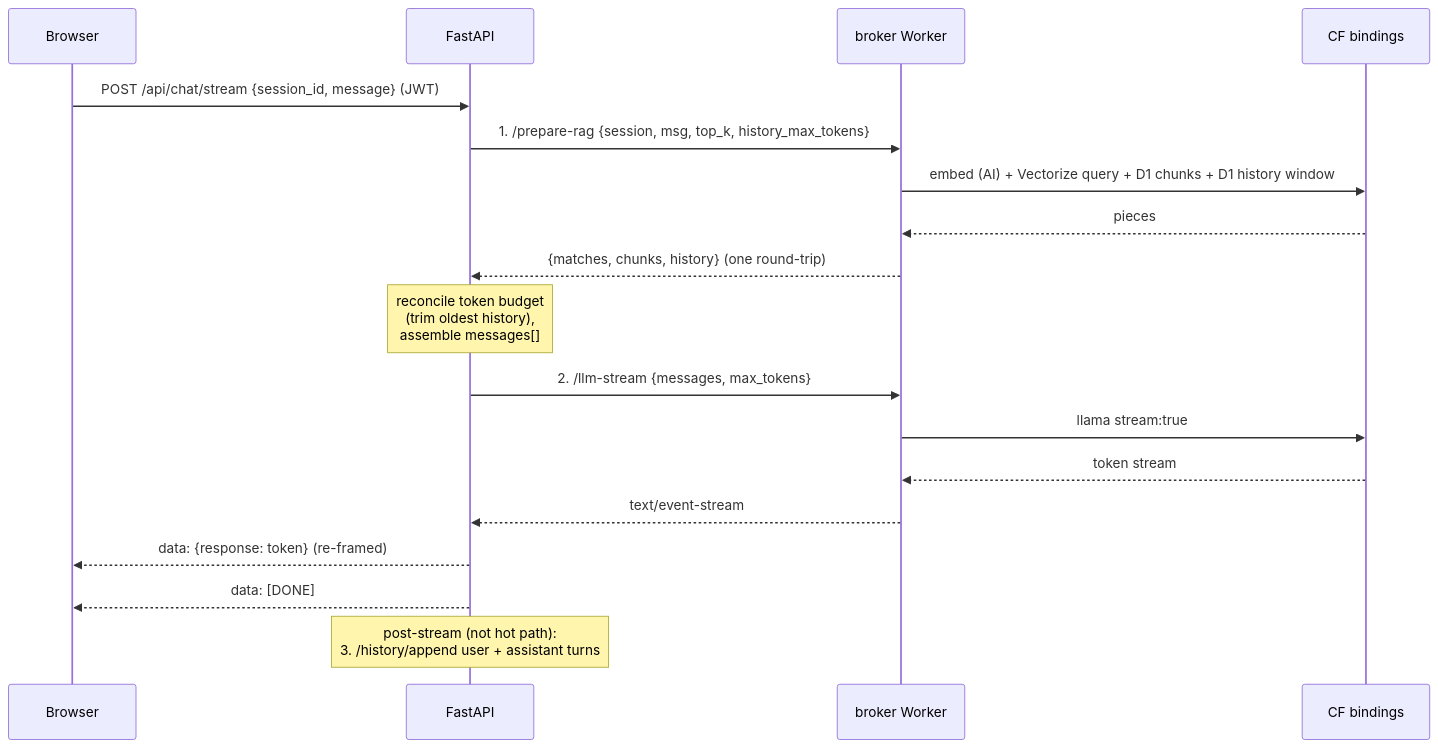
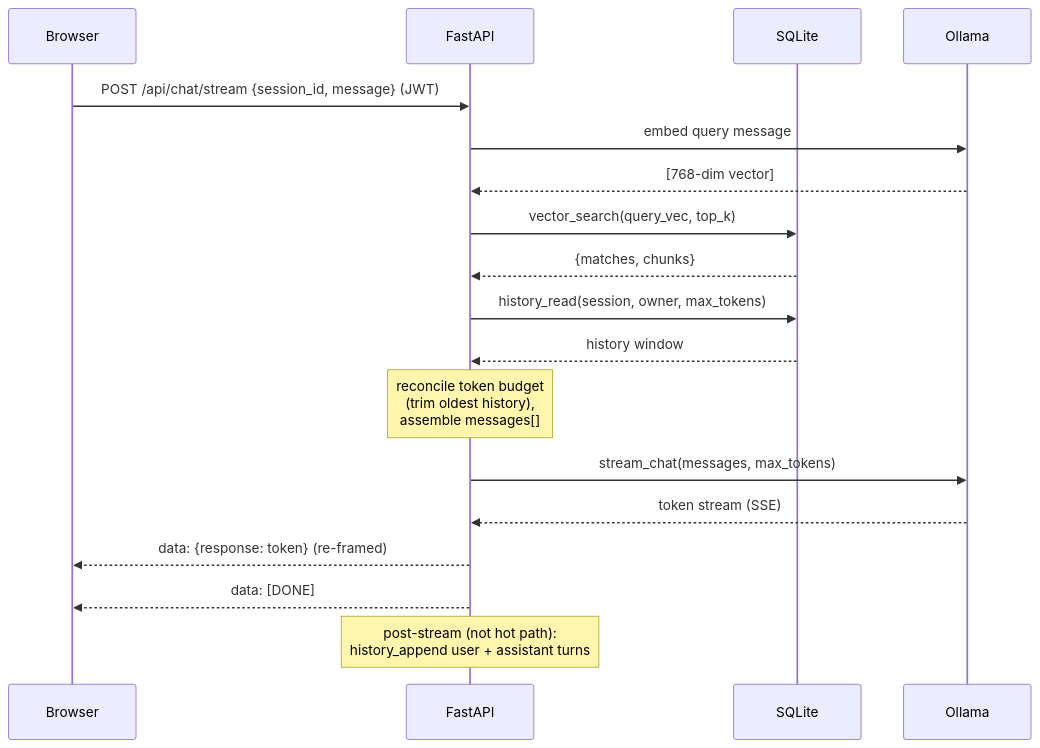
One commit to mbvillaverde/jellirag-with-rbac changed the second of 3 diagrams in README.md. Above: the diagram before and after it, drawn with Mermaid. The commit also changed other lines of this file and 53 other files, not shown here.

````diff
--- a/README.md
+++ b/README.md
@@ -104,21 +101,21 @@
 ```mermaid
 sequenceDiagram
     participant B as Browser
     participant F as FastAPI
-    participant W as broker Worker
-    participant CF as CF bindings
+    participant D as SQLite
+    participant O as Ollama
 
     B->>F: POST /api/chat/stream {session_id, message} (JWT)
-    F->>W: 1. /prepare-rag {session, msg, top_k, history_max_tokens}
-    W->>CF: embed (AI) + Vectorize query + D1 chunks + D1 history window
-    CF-->>W: pieces
-    W-->>F: {matches, chunks, history}  (one round-trip)
+    F->>O: embed query message
+    O-->>F: [768-dim vector]
+    F->>D: vector_search(query_vec, top_k)
+    D-->>F: {matches, chunks}
+    F->>D: history_read(session, owner, max_tokens)
+    D-->>F: history window
     Note over F: reconcile token budget<br/>(trim oldest history),<br/>assemble messages[]
-    F->>W: 2. /llm-stream {messages, max_tokens}
-    W->>CF: llama stream:true
-    CF-->>W: token stream
-    W-->>F: text/event-stream
+    F->>O: stream_chat(messages, max_tokens)
+    O-->>F: token stream (SSE)
     F-->>B: data: {response: token}  (re-framed)
     F-->>B: data: [DONE]
-    Note over F: post-stream (not hot path):<br/>3. /history/append user + assistant turns
+    Note over F: post-stream (not hot path):<br/>history_append user + assistant turns
 ```
````
